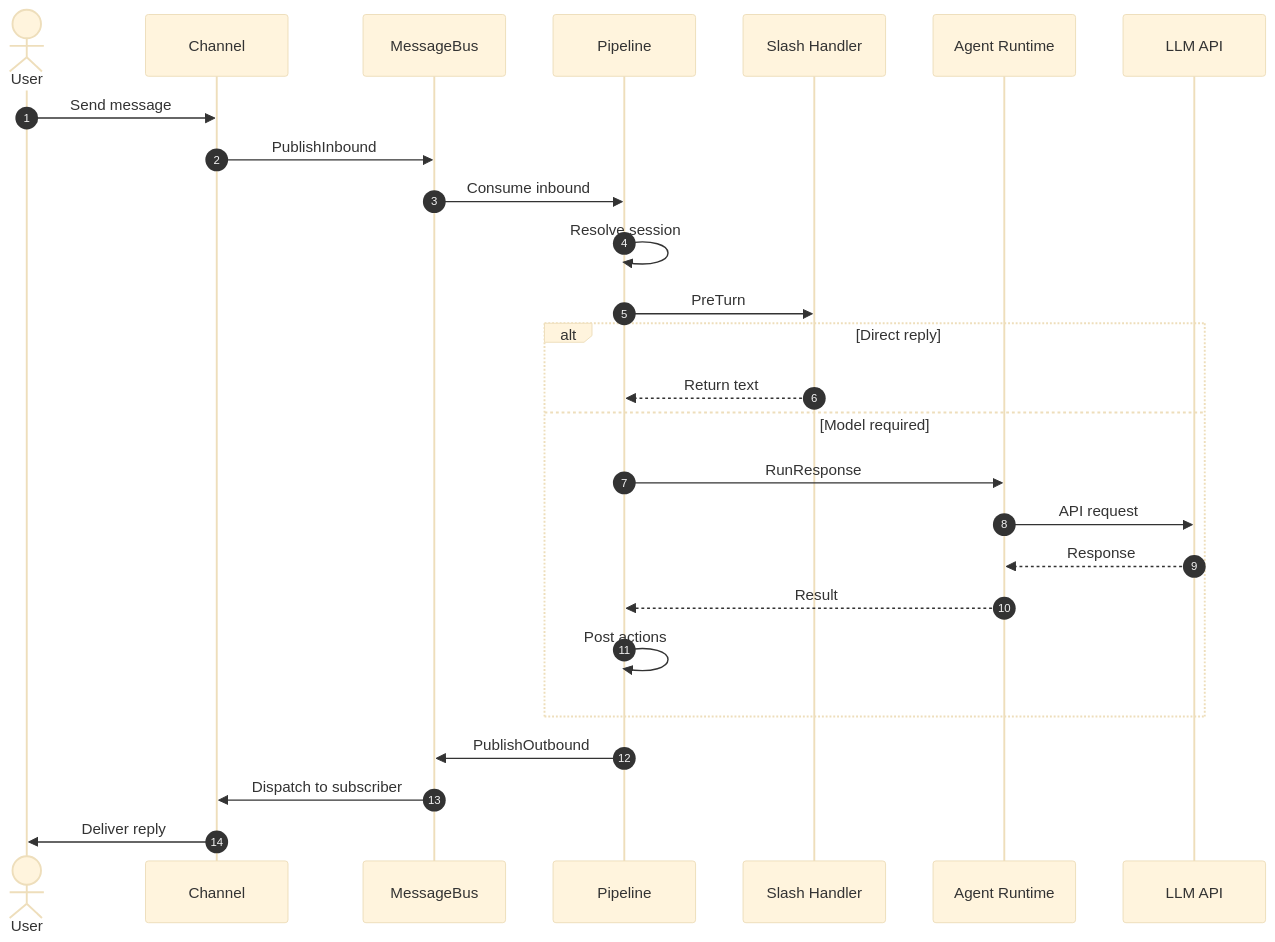
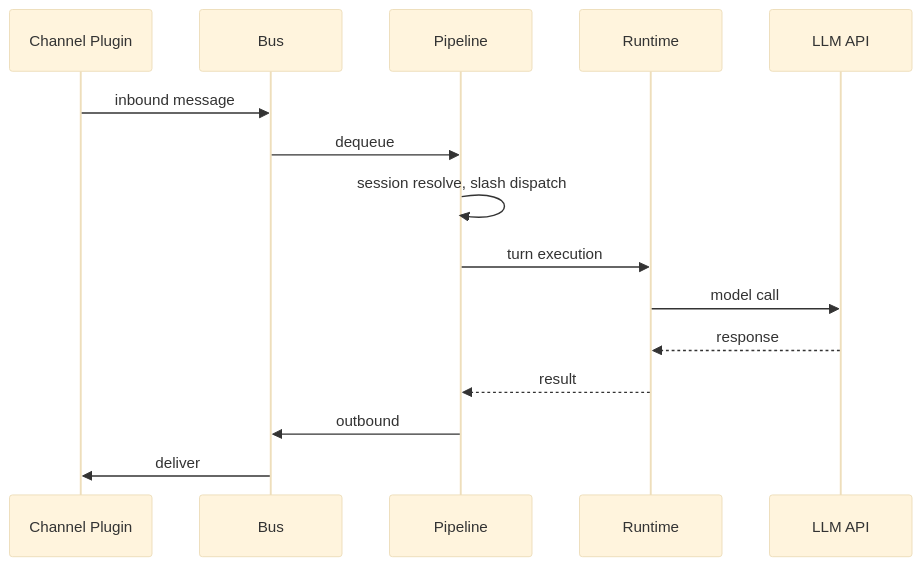
Before and after one commit to ageneralai/maven: the second of 2 diagrams in docs/architecture.md, drawn with Mermaid (base theme). The commit also changed other lines of this file and 309 other files, not shown here.

````diff
--- a/docs/architecture.md
+++ b/docs/architecture.md
@@ -476,29 +139,17 @@
 ```mermaid
 sequenceDiagram
-    autonumber
-    actor User
-    participant Ch as Channel
-    participant Bus as MessageBus
-    participant Pipe as Pipeline
-    participant Slash as Slash Handler
-    participant RT as Agent Runtime
+    participant CH as Channel Plugin
+    participant BUS as Bus
+    participant PIPE as Pipeline
+    participant RT as Runtime
     participant LLM as LLM API
-
-    User->>Ch: Send message
-    Ch->>Bus: PublishInbound
-    Bus->>Pipe: Consume inbound
-    Pipe->>Pipe: Resolve session
-    Pipe->>Slash: PreTurn
-    alt Direct reply
-        Slash-->>Pipe: Return text
-    else Model required
-        Pipe->>RT: RunResponse
-        RT->>LLM: API request
-        LLM-->>RT: Response
-        RT-->>Pipe: Result
-        Pipe->>Pipe: Post actions
-    end
-    Pipe->>Bus: PublishOutbound
-    Bus->>Ch: Dispatch to subscriber
-    Ch->>User: Deliver reply
+    CH->>BUS: inbound message
+    BUS->>PIPE: dequeue
+    PIPE->>PIPE: session resolve, slash dispatch
+    PIPE->>RT: turn execution
+    RT->>LLM: model call
+    LLM-->>RT: response
+    RT-->>PIPE: result
+    PIPE->>BUS: outbound
+    BUS->>CH: deliver
 ```
````
